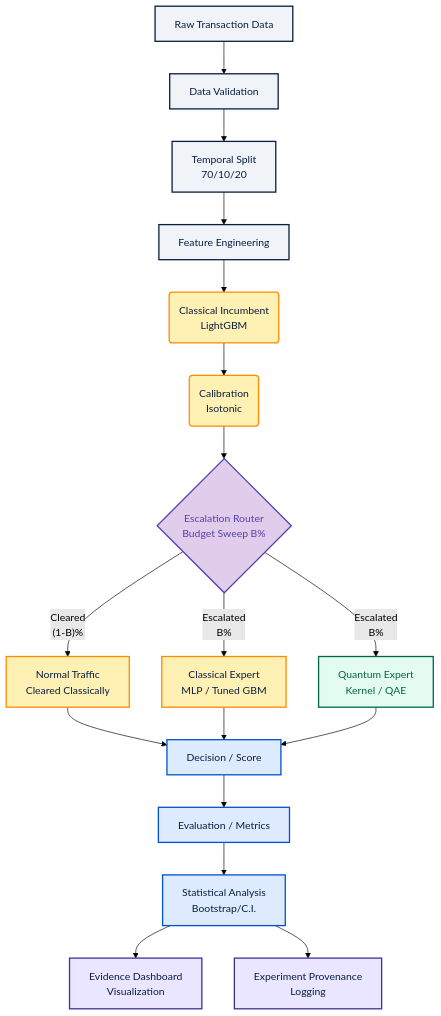
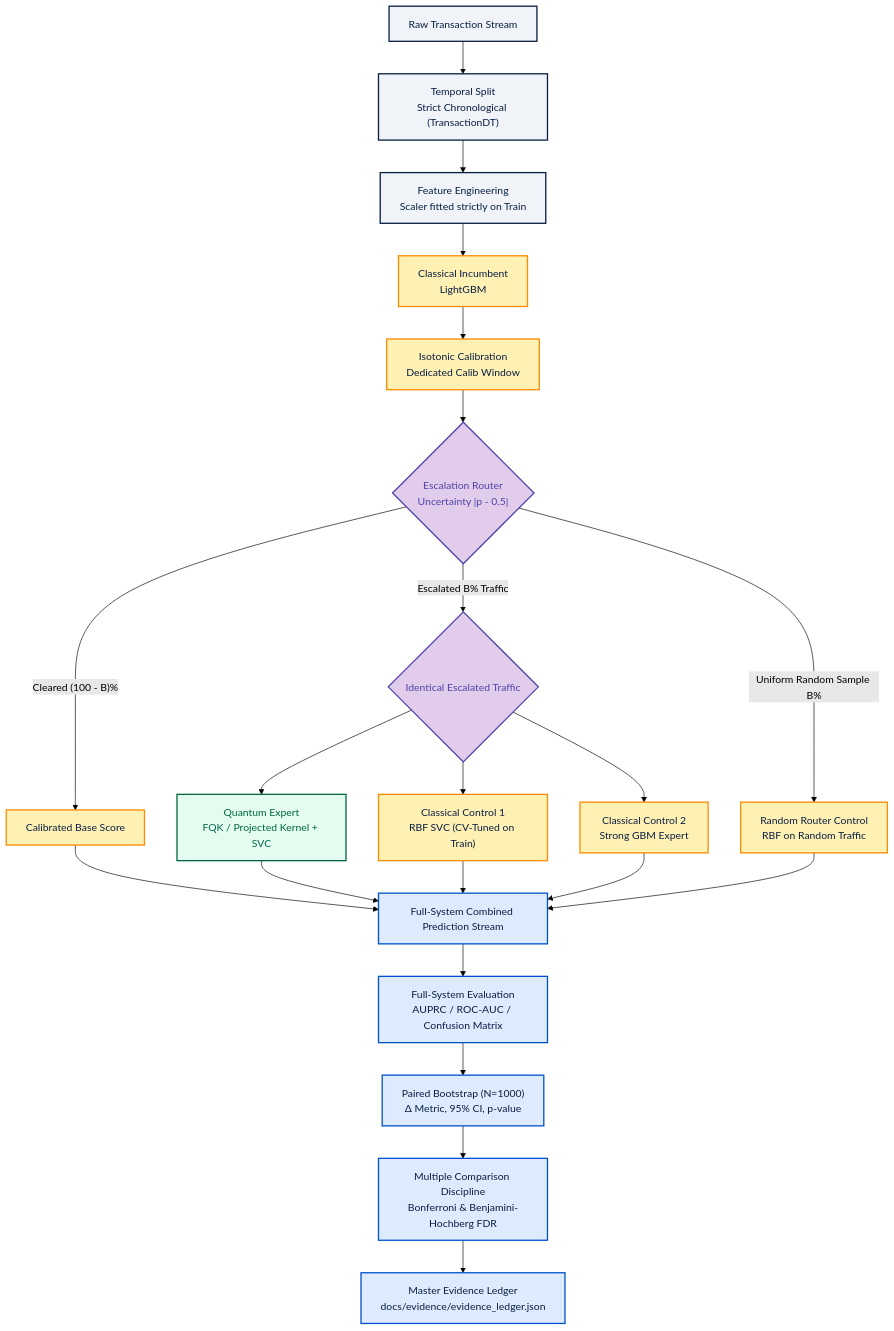
The diagram in docs/architecture.md (atharveeee-netizen/hsbc-quantum-fraud), drawn with Mermaid (forest theme) before and after one commit. The commit also changed other lines of this file and 31 other files, not shown here.

Commit message:
feat(scientific-eval): complete Phases 21-28 with fair controls, full budget sweep, paired bootstrap, router audit, temporal validation, and master evidence ledger

````diff
--- a/docs/architecture.md
+++ b/docs/architecture.md
@@ -7,32 +7,36 @@
 ```mermaid
 graph TD
     classDef data fill:#f0f4f8,stroke:#091e42,stroke-width:2px,color:#091e42
     classDef classical fill:#fff0b3,stroke:#ff8b00,stroke-width:2px,color:#091e42
     classDef router fill:#e1cceb,stroke:#5243aa,stroke-width:2px,color:#5243aa
     classDef quantum fill:#e3fcef,stroke:#006644,stroke-width:2px,color:#006644
     classDef evaluation fill:#deebff,stroke:#0052cc,stroke-width:2px,color:#091e42
-    classDef ui fill:#eae6ff,stroke:#403294,stroke-width:2px,color:#091e42
 
-    D1[Raw Transaction Data]:::data --> D2[Data Validation]:::data
-    D2 --> D3[Temporal Split\n70/10/20]:::data
-    D3 --> D4[Feature Engineering]:::data
+    D1["Raw Transaction Stream"]:::data --> D2["Temporal Split\nStrict Chronological (TransactionDT)"]:::data
+    D2 --> D3["Feature Engineering\nScaler fitted strictly on Train"]:::data
     
-    D4 --> C1(Classical Incumbent\nLightGBM):::classical
-    C1 --> C2(Calibration\nIsotonic):::classical
+    D3 --> C1["Classical Incumbent\nLightGBM"]:::classical
+    C1 --> C2["Isotonic Calibration\nDedicated Calib Window"]:::classical
     
-    C2 --> R1{Escalation Router\nBudget Sweep B%}:::router
+    C2 --> R1{"Escalation Router\nUncertainty |p - 0.5|"}:::router
     
-    R1 -- Cleared\n(1-B)% --> E1[Normal Traffic\nCleared Classically]:::classical
-    R1 -- Escalated\nB% --> C3[Classical Expert\nMLP / Tuned GBM]:::classical
-    R1 -- Escalated\nB% --> Q1[Quantum Expert\nKernel / QAE]:::quantum
+    R1 -- "Cleared (100 - B)%" --> S_CLR["Calibrated Base Score"]:::classical
     
-    E1 --> S1[Decision / Score]:::evaluation
+    R1 -- "Escalated B% Traffic" --> EXP_FORK{"Identical Escalated Traffic"}:::router
+    EXP_FORK --> Q1["Quantum Expert\nFQK / Projected Kernel + SVC"]:::quantum
+    EXP_FORK --> C3["Classical Control 1\nRBF SVC (CV-Tuned on Train)"]:::classical
+    EXP_FORK --> C4["Classical Control 2\nStrong GBM Expert"]:::classical
+    
+    R1 -- "Uniform Random Sample B%" --> RND["Random Router Control\nRBF on Random Traffic"]:::classical
+    
+    S_CLR --> S1["Full-System Combined Prediction Stream"]:::evaluation
+    Q1 --> S1
     C3 --> S1
-    Q1 --> S1
+    C4 --> S1
+    RND --> S1
     
-    S1 --> V1[Evaluation / Metrics]:::evaluation
-    V1 --> V2[Statistical Analysis\nBootstrap/C.I.]:::evaluation
-    
-    V2 --> U1[Evidence Dashboard\nVisualization]:::ui
-    V2 --> U2[Experiment Provenance\nLogging]:::ui
+    S1 --> V1["Full-System Evaluation\nAUPRC / ROC-AUC / Confusion Matrix"]:::evaluation
+    V1 --> V2["Paired Bootstrap (N=1000)\nΔ Metric, 95% CI, p-value"]:::evaluation
+    V2 --> V3["Multiple Comparison Discipline\nBonferroni & Benjamini-Hochberg FDR"]:::evaluation
+    V3 --> V4["Master Evidence Ledger\ndocs/evidence/evidence_ledger.json"]:::evaluation
 ```
````
